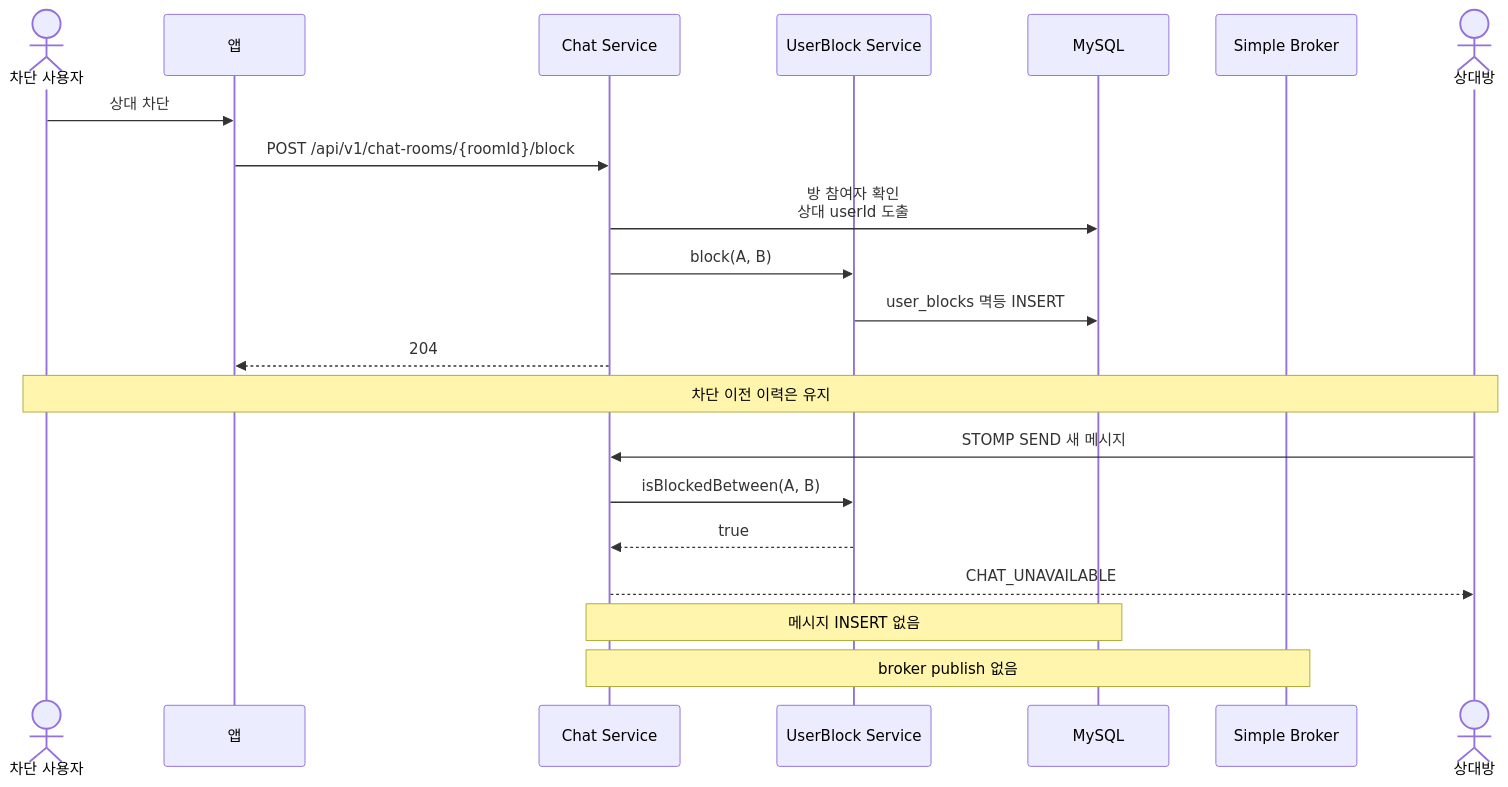
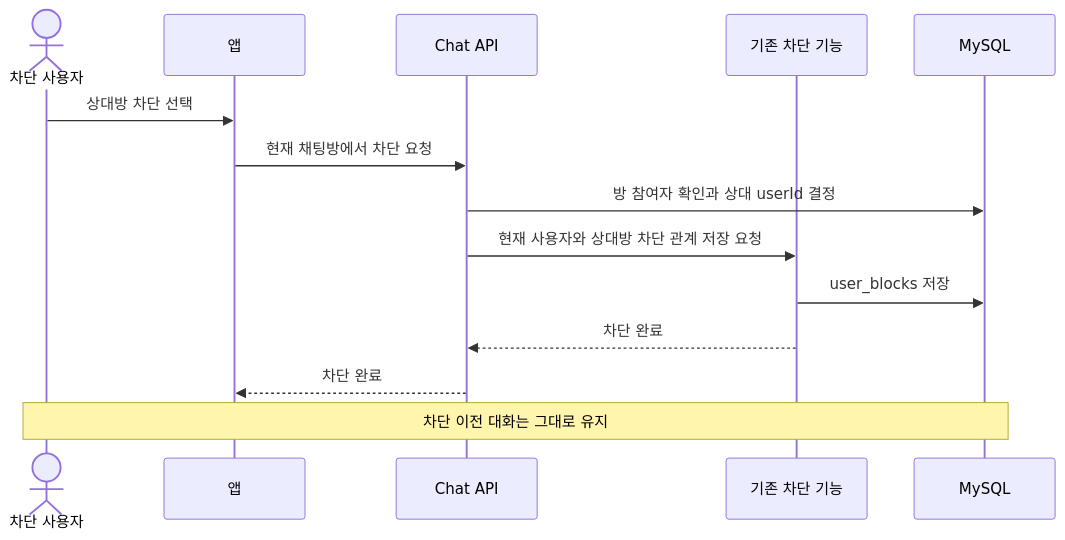
One commit to swyp-app-5th-team1/Kohere-backend changed diagram 17 of 21 in docs/architecture/chat/05-sequence-diagrams.md. Above: the diagram before and after it, drawn with Mermaid. The commit also changed other lines of this file and 4 other files, not shown here.

Commit message:
docs: split chat sequences by scenario

````diff
--- a/docs/architecture/chat/05-sequence-diagrams.md
+++ b/docs/architecture/chat/05-sequence-diagrams.md
@@ -180,25 +368,17 @@
 ```mermaid
 sequenceDiagram
-    actor A as 차단 사용자
+    actor U as 차단 사용자
     participant APP as 앱
-    participant CHAT as Chat Service
-    participant USER as UserBlock Service
+    participant CHAT as Chat API
+    participant BLOCK as 기존 차단 기능
     participant DB as MySQL
-    participant BR as Simple Broker
-    actor B as 상대방
 
-    A->>APP: 상대 차단
-    APP->>CHAT: POST /api/v1/chat-rooms/{roomId}/block
-    CHAT->>DB: 방 참여자 확인<br/>상대 userId 도출
-    CHAT->>USER: block(A, B)
-    USER->>DB: user_blocks 멱등 INSERT
-    CHAT-->>APP: 204
-    Note over A,B: 차단 이전 이력은 유지
-
-    B->>CHAT: STOMP SEND 새 메시지
-    CHAT->>USER: isBlockedBetween(A, B)
-    USER-->>CHAT: true
-    CHAT-->>B: CHAT_UNAVAILABLE
-    Note over CHAT,DB: 메시지 INSERT 없음
-    Note over CHAT,BR: broker publish 없음
+    U->>APP: 상대방 차단 선택
+    APP->>CHAT: 현재 채팅방에서 차단 요청
+    CHAT->>DB: 방 참여자 확인과 상대 userId 결정
+    CHAT->>BLOCK: 현재 사용자와 상대방 차단 관계 저장 요청
+    BLOCK->>DB: user_blocks 저장
+    BLOCK-->>CHAT: 차단 완료
+    CHAT-->>APP: 차단 완료
+    Note over U,DB: 차단 이전 대화는 그대로 유지
 ```
````
